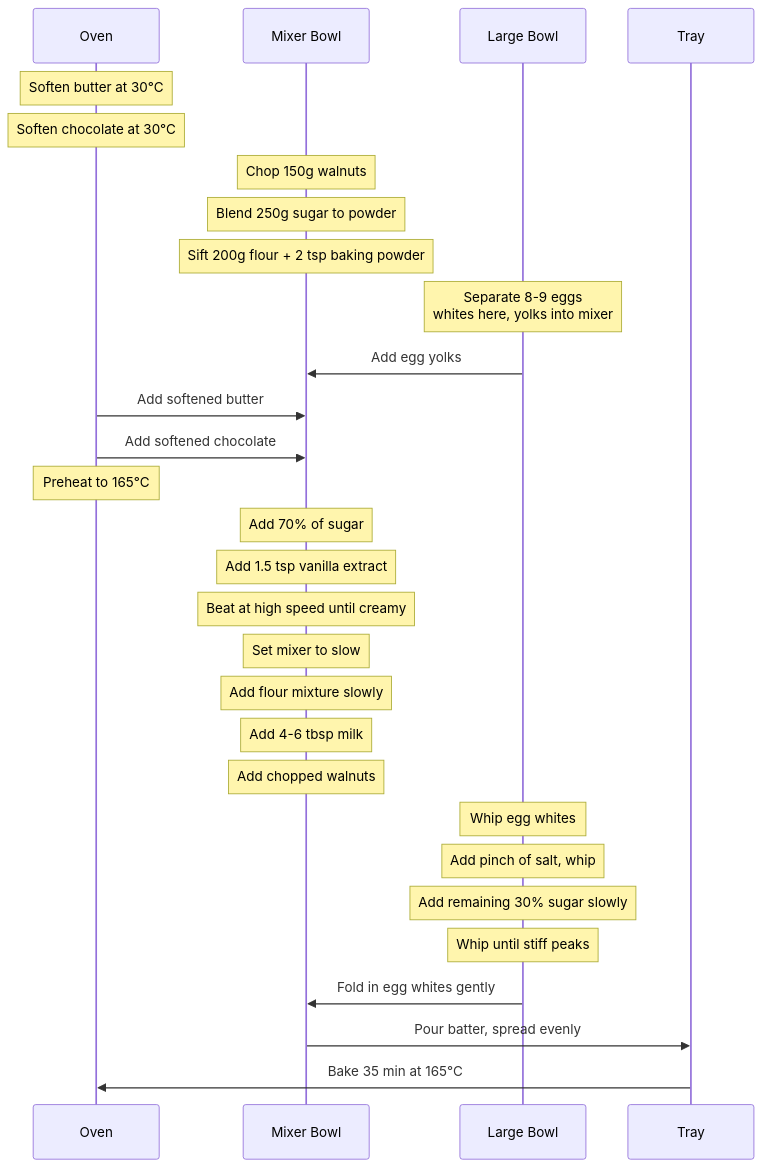
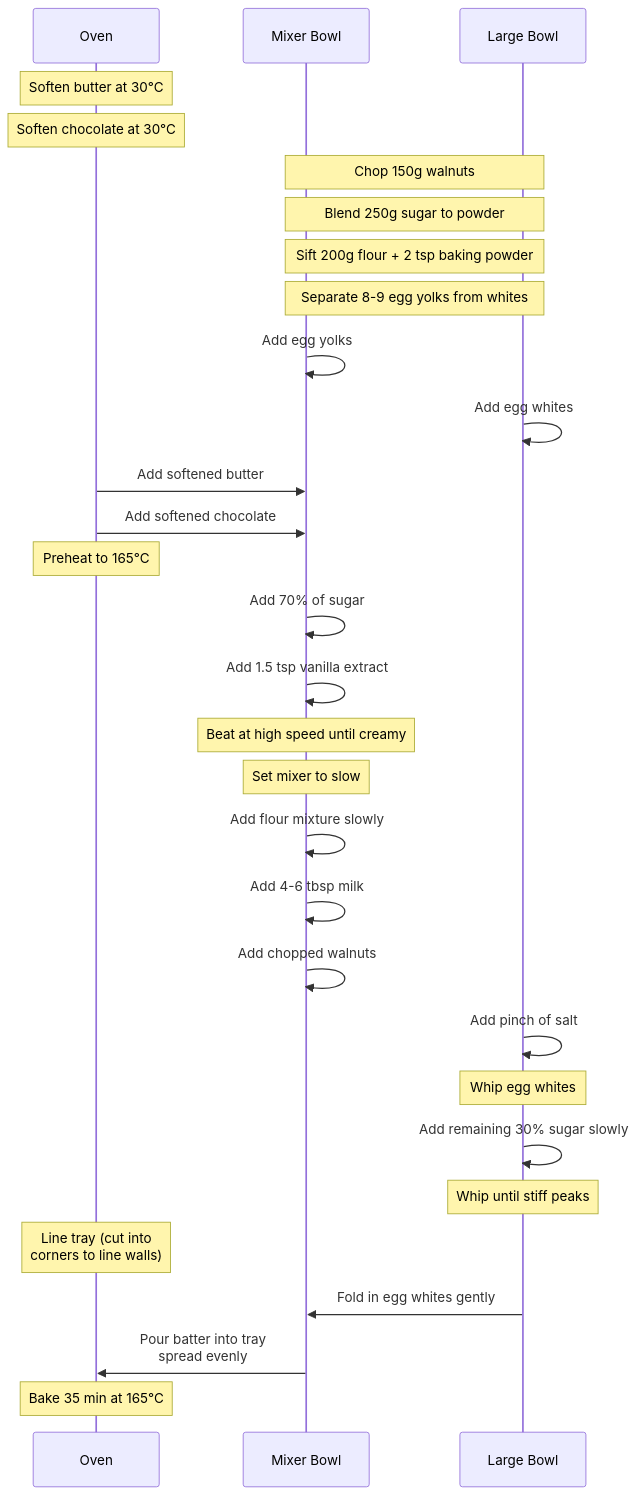
One commit to urbas/recipes changed the second of 2 diagrams in recipes/zamorcek/index.md. Above: the diagram before and after it, drawn with Mermaid. The commit also changed 1 other file, not shown here.

Commit message:
zamorcek: improved sequence diagram

````diff
--- a/recipes/zamorcek/index.md
+++ b/recipes/zamorcek/index.md
@@ -88,39 +88,40 @@
 ```mermaid
 sequenceDiagram
     participant Oven
     participant Mixer as Mixer Bowl
     participant Bowl as Large Bowl
-    participant Tray
 
     Note over Oven: Soften butter at 30°C
     Note over Oven: Soften chocolate at 30°C
 
-    Note over Mixer: Chop 150g walnuts
-    Note over Mixer: Blend 250g sugar to powder
-    Note over Mixer: Sift 200g flour + 2 tsp baking powder
-    Note over Bowl: Separate 8-9 eggs<br/>whites here, yolks into mixer
-    Bowl->>Mixer: Add egg yolks
+    Note over Bowl,Mixer: Chop 150g walnuts
+    Note over Bowl,Mixer: Blend 250g sugar to powder
+    Note over Bowl,Mixer: Sift 200g flour + 2 tsp baking powder
+    Note over Bowl,Mixer: Separate 8-9 egg yolks from whites
+    Mixer->>Mixer: Add egg yolks
+    Bowl->>Bowl: Add egg whites
 
     Oven->>Mixer: Add softened butter
     Oven->>Mixer: Add softened chocolate
     Note over Oven: Preheat to 165°C
 
-    Note over Mixer: Add 70% of sugar
-    Note over Mixer: Add 1.5 tsp vanilla extract
+    Mixer->>Mixer: Add 70% of sugar
+    Mixer->>Mixer: Add 1.5 tsp vanilla extract
     Note over Mixer: Beat at high speed until creamy
 
     Note over Mixer: Set mixer to slow
-    Note over Mixer: Add flour mixture slowly
-    Note over Mixer: Add 4-6 tbsp milk
-    Note over Mixer: Add chopped walnuts
+    Mixer->>Mixer: Add flour mixture slowly
+    Mixer->>Mixer: Add 4-6 tbsp milk
+    Mixer->>Mixer: Add chopped walnuts
 
+    Bowl->>Bowl: Add pinch of salt
     Note over Bowl: Whip egg whites
-    Note over Bowl: Add pinch of salt, whip
-    Note over Bowl: Add remaining 30% sugar slowly
+    Bowl->>Bowl: Add remaining 30% sugar slowly
     Note over Bowl: Whip until stiff peaks
+    Note over Oven: Line tray (cut into<br/>corners to line walls)
 
     Bowl->>Mixer: Fold in egg whites gently
 
-    Mixer->>Tray: Pour batter, spread evenly
-    Tray->>Oven: Bake 35 min at 165°C
+    Mixer->>Oven: Pour batter into tray<br/>spread evenly
+    Note over Oven: Bake 35 min at 165°C
 ```
````
